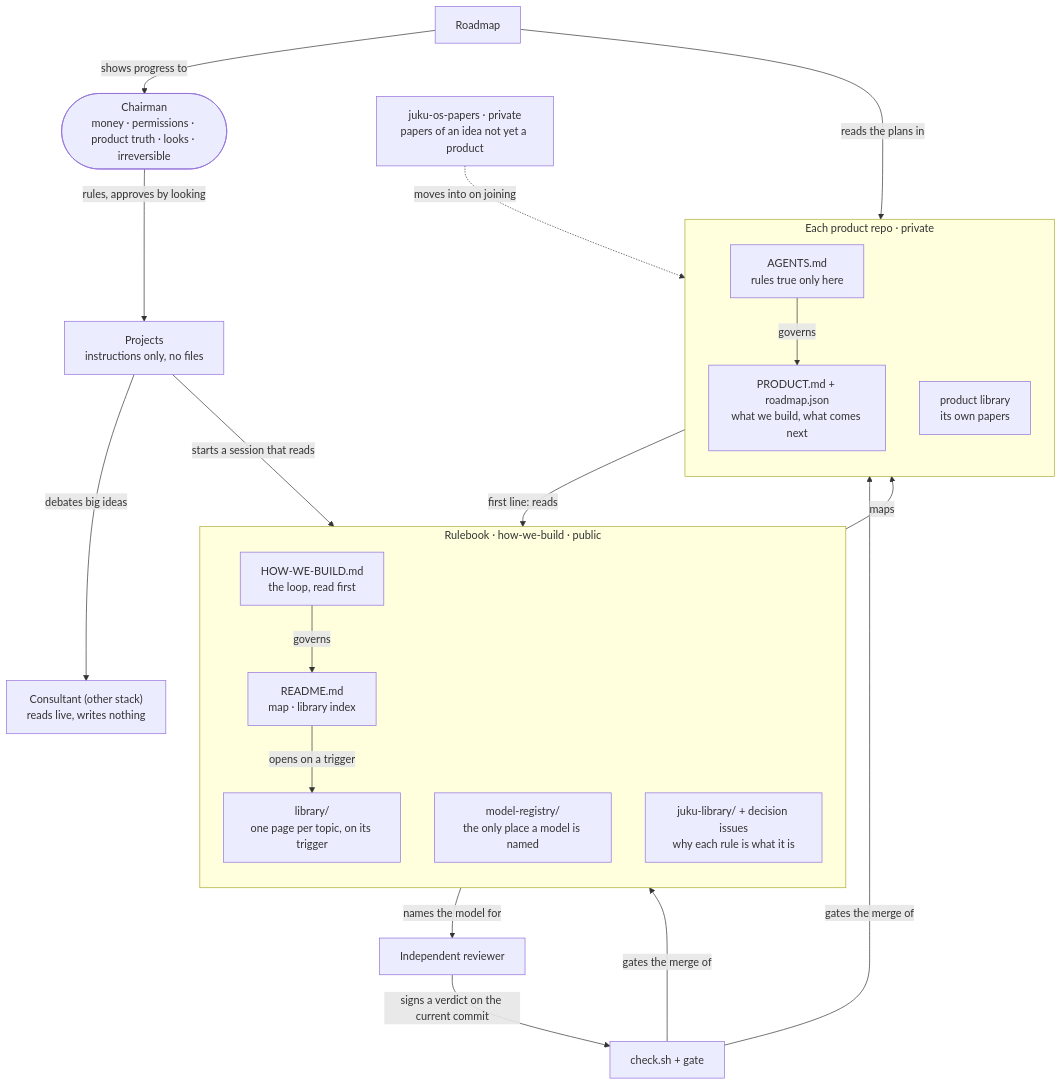
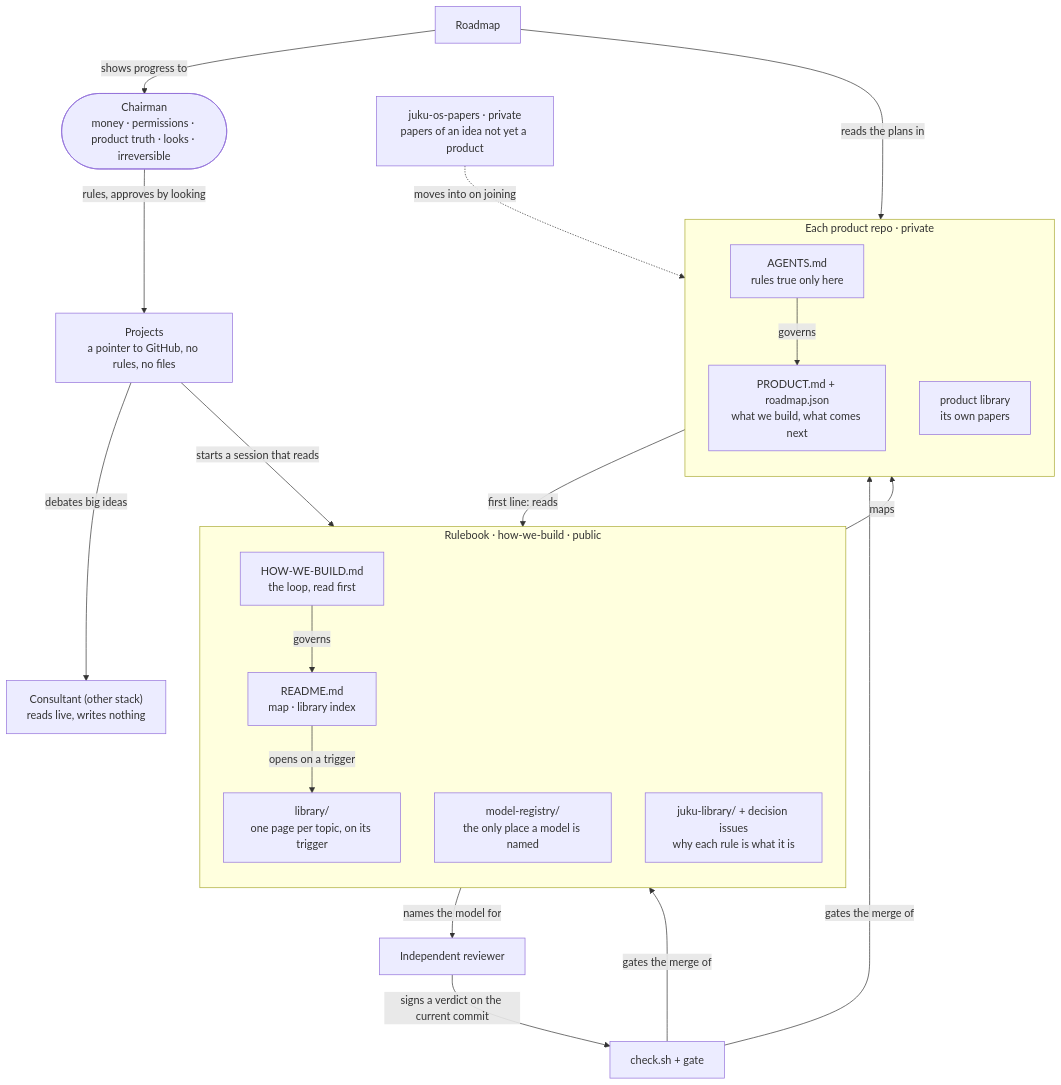
One commit to Adonis80/how-we-build changed the diagram in library/system-map.md. Above: the diagram before and after it, drawn with Mermaid. The commit also changed other lines of this file and 6 other files, not shown here.

First line of the commit message:
His rulings, 3–4 Nov: Projects carry no instructions, a pointer to GitHub only (P3) (successor of #317) (#318)

````diff
--- a/library/system-map.md
+++ b/library/system-map.md
@@ -7,39 +7,39 @@
 ```mermaid
 flowchart TB
   CH(["Chairman<br/>money · permissions · product truth · looks · irreversible"])
-  PJ["Projects<br/>instructions only, no files"]
+  PJ["Projects<br/>a pointer to GitHub, no rules, no files"]
   CO["Consultant (other stack)<br/>reads live, writes nothing"]
   subgraph RB["Rulebook · how-we-build · public"]
     direction TB
     HWB["HOW-WE-BUILD.md<br/>the loop, read first"]
     RD["README.md<br/>map · library index"]
     LIB["library/<br/>one page per topic, on its trigger"]
     REG["model-registry/<br/>the only place a model is named"]
     JL["juku-library/ + decision issues<br/>why each rule is what it is"]
   end
   subgraph PR["Each product repo · private"]
     direction TB
     AG["AGENTS.md<br/>rules true only here"]
     PD["PRODUCT.md + roadmap.json<br/>what we build, what comes next"]
     PL["product library<br/>its own papers"]
   end
   PP["juku-os-papers · private<br/>papers of an idea not yet a product"]
   RV["Independent reviewer"]
   GT["check.sh + gate"]
   BD["Roadmap"]
   CH -- "rules, approves by looking" --> PJ
   PJ -- "debates big ideas" --> CO
   PJ -- "starts a session that reads" --> HWB
   HWB -- "governs" --> RD
   RD -- "opens on a trigger" --> LIB
   RD -- "maps" --> AG
   AG -- "first line: reads" --> HWB
   AG -- "governs" --> PD
   REG -- "names the model for" --> RV
   RV -- "signs a verdict on the current commit" --> GT
   GT -- "gates the merge of" --> PD
   GT -- "gates the merge of" --> RB
   BD -- "reads the plans in" --> PD
   BD -- "shows progress to" --> CH
   PP -. "moves into on joining" .-> PL
 ```
````
